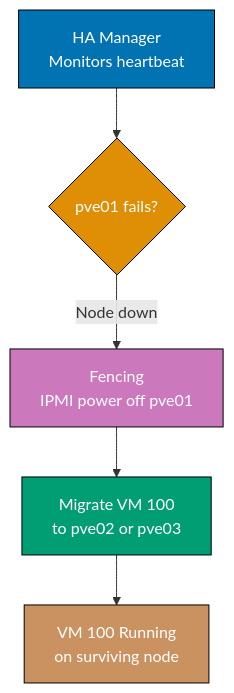
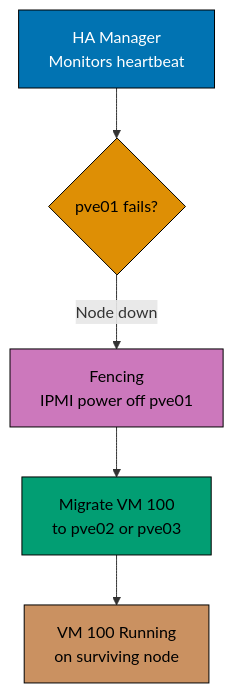
One commit to wahidyankf/ose-public changed the first of 12 diagrams in apps/ayokoding-www/content/en/learn/legacy/software-engineering/infrastructure/tools/proxmox/by-example/advanced.md. Above: the diagram before and after it, drawn with Mermaid. The commit also changed other lines of this file and 131 other files, not shown here.

First line of the commit message:
fix(mermaid): bring the legacy data, infrastructure, and testing diagrams onto the accessible palette

````diff
--- a/apps/ayokoding-www/content/en/learn/legacy/software-engineering/infrastructure/tools/proxmox/by-example/advanced.md
+++ b/apps/ayokoding-www/content/en/learn/legacy/software-engineering/infrastructure/tools/proxmox/by-example/advanced.md
@@ -19,14 +19,22 @@
 ```mermaid
 %% Color Palette: Blue #0173B2, Orange #DE8F05, Teal #029E73, Purple #CC78BC, Brown #CA9161
 graph TD
+    accTitle: Example 58: Enable and Configure the HA Manager for VM Failover
+    accDescr: Graph with 5 nodes and 4 connections. Nodes: HA Manager Monitors heartbeat, pve01 fails?, Fencing IPMI power off pve01, Migrate VM 100 to pve02 or pve03, VM 100 Running on surviving node. Connections: HA Manager Monitors heartbeat to pve01 fails?, pve01 fails? to Fencing IPMI power off pve01 (Node down), Fencing IPMI power off pve01 to Migrate VM 100 to pve02 or pve03, Migrate VM 100 to pve02 or pve03 to VM 100 Running on surviving node.
     A["HA Manager<br/>Monitors heartbeat"] --> B{"pve01 fails?"}
     B -->|Node down| C["Fencing<br/>IPMI power off pve01"]
     C --> D["Migrate VM 100<br/>to pve02 or pve03"]
     D --> E["VM 100 Running<br/>on surviving node"]
 
-    style A fill:#0173B2,color:#fff,stroke:#000
-    style B fill:#DE8F05,color:#fff,stroke:#000
-    style C fill:#CC78BC,color:#fff,stroke:#000
-    style D fill:#029E73,color:#fff,stroke:#000
-    style E fill:#CA9161,color:#fff,stroke:#000
+    classDef pal-0173B2 fill:#0173B2,stroke:#000000,color:#FFFFFF
+    class A pal-0173B2
+    classDef pal-DE8F05 fill:#DE8F05,stroke:#000000,color:#000000
+    class B pal-DE8F05
+    classDef pal-CC78BC fill:#CC78BC,stroke:#000000,color:#000000
+    class C pal-CC78BC
+    classDef pal-029E73 fill:#029E73,stroke:#000000,color:#000000
+    class D pal-029E73
+    classDef pal-CA9161 fill:#CA9161,stroke:#000000,color:#000000
+    class E pal-CA9161
+    classDef default fill:#FFFFFF,stroke:#000000,color:#000000
 ```
````
